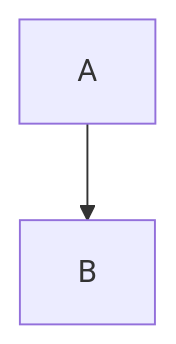
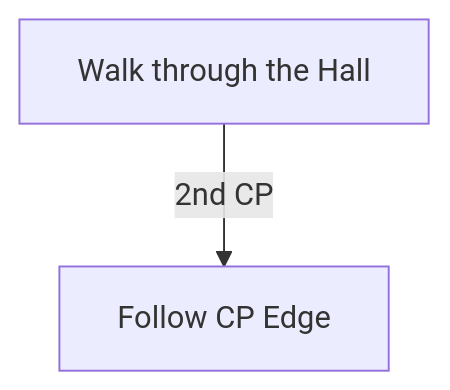
The diagram in docs/PoE2/Act 4/Ngakanu.md (FabianS-Privat/CyclonCheatSheetSite), drawn with Mermaid before and after one commit. The commit also changed other lines of this file and 42 other files, not shown here.

````diff
--- a/docs/PoE2/Act 4/Ngakanu.md
+++ b/docs/PoE2/Act 4/Ngakanu.md
@@ -13,4 +18,4 @@
 ```mermaid
 graph TD;
-A-->B
+A[Walk through the Hall]-->|2nd CP|B[Follow CP Edge]
 ```
````
